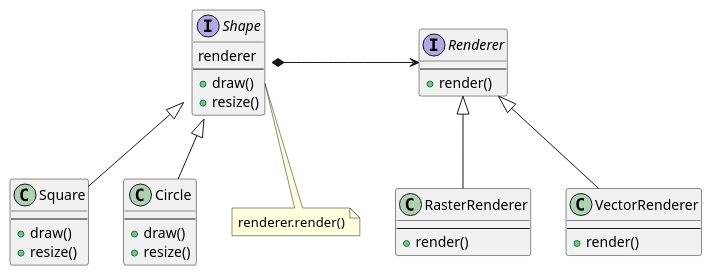
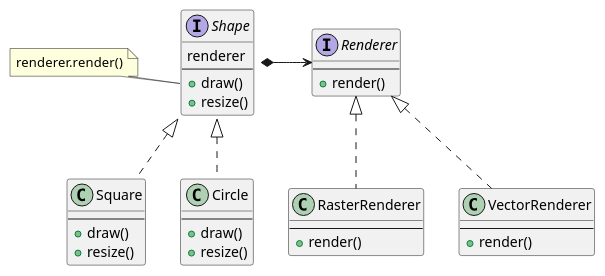
Before and after one commit to ssook7979/design-pattern-study: the fourth of 4 diagrams in structural/bridge/bridge.md, drawn with PlantUML. The commit also changed other lines of this file, not shown here.

````diff
--- a/structural/bridge/bridge.md
+++ b/structural/bridge/bridge.md
@@ -81,39 +81,39 @@
 ```plantuml
 @startuml
 interface Shape {
     renderer
     --
     +draw()
     +resize()
 }
 class Square {
     --
     +draw()
     +resize()
 }
 class Circle {
     --
     +draw()
     +resize()
 }
 interface Renderer {
     --
     +render()
 }
 class RasterRenderer {
     --
     +render()
 }
 class VectorRenderer {
     --
     +render()
 }
 note "renderer.render()" as n1
 Shape *-> Renderer
-Shape::draw .. n1
-Shape <|-- Circle
-Shape <|-- Square
-Renderer <|-- RasterRenderer
-Renderer <|-- VectorRenderer
+Shape::draw -l- n1
+Shape <|.. Circle
+Shape <|.. Square
+Renderer <|.. RasterRenderer
+Renderer <|.. VectorRenderer
 @enduml
 ```
````
